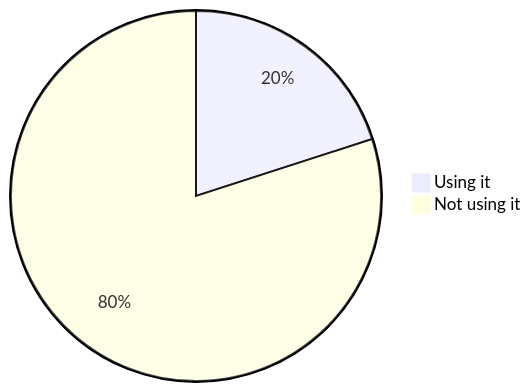
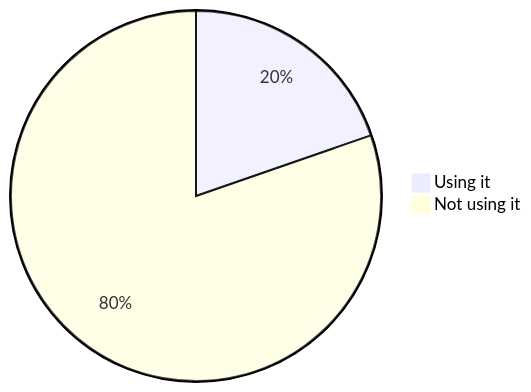
One commit to oshp/oshp-stats changed diagram 18 of 22 in stats.md. Above: the diagram before and after it, drawn with Mermaid. The commit also changed other lines of this file, not shown here.

````diff
--- a/stats.md
+++ b/stats.md
@@ -214,6 +214,6 @@
 ```mermaid
 pie
-	"Using it" : 20.02
-	"Not using it" : 79.98
+	"Using it" : 19.69
+	"Not using it" : 80.31
 
 ```
````
